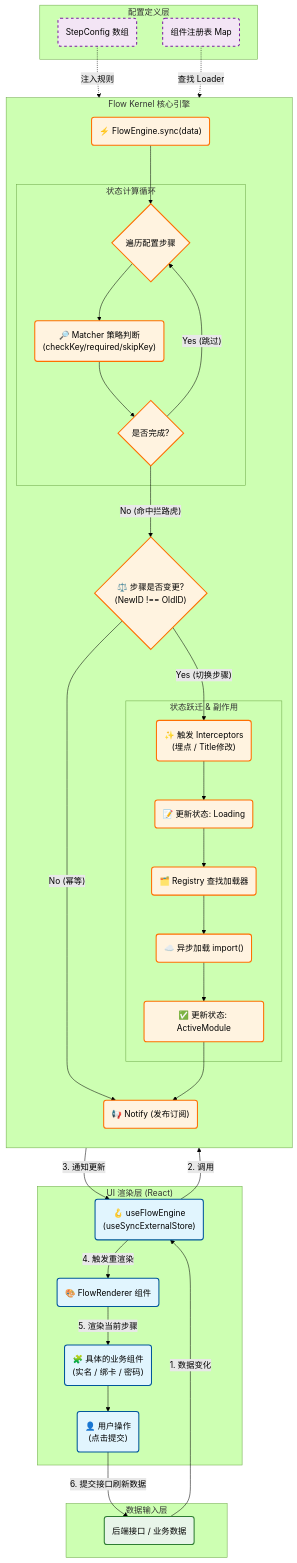
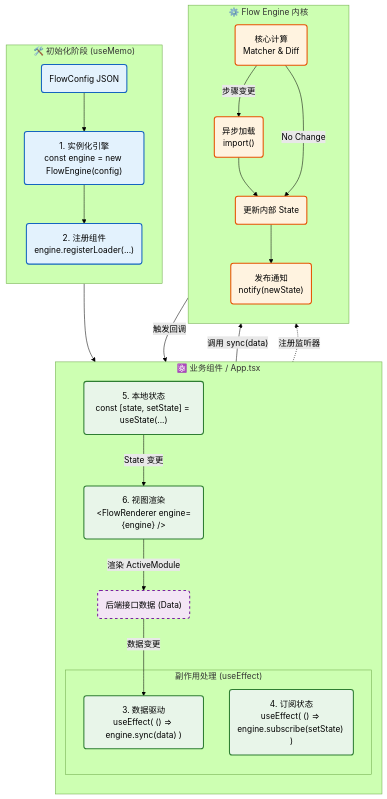
One commit to blade-demon/investment-monorepo changed the diagram in README.md. Above: the diagram before and after it, drawn with Mermaid (forest theme).

Commit message:
add mermaid

````diff
--- a/README.md
+++ b/README.md
@@ -5,85 +5,65 @@
 ```mermaid
 graph TD
-    %% 定义样式
-    classDef ui fill:#e1f5fe,stroke:#01579b,stroke-width:2px,color:#000;
-    classDef core fill:#fff3e0,stroke:#ff6f00,stroke-width:2px,color:#000;
-    classDef data fill:#e8f5e9,stroke:#2e7d32,stroke-width:2px,color:#000;
-    classDef config fill:#f3e5f5,stroke:#7b1fa2,stroke-width:2px,stroke-dasharray: 5 5,color:#000;
+    %% --- 样式定义 ---
+    classDef setup fill:#e3f2fd,stroke:#1565c0,stroke-width:2px,color:#000;
+    classDef react fill:#e8f5e9,stroke:#2e7d32,stroke-width:2px,color:#000;
+    classDef engine fill:#fff3e0,stroke:#e65100,stroke-width:2px,color:#000;
+    classDef api fill:#f3e5f5,stroke:#7b1fa2,stroke-width:2px,stroke-dasharray: 5 5,color:#000;
 
-    %% --- 区域：业务数据层 ---
-    subgraph Data_Layer ["数据输入层"]
-        BackendAPI("后端接口 / 业务数据"):::data
+    %% --- 1. 初始化阶段 (One-time Setup) ---
+    subgraph Init_Phase ["🛠️ 初始化阶段 (useMemo)"]
+        direction TB
+        Config("FlowConfig JSON"):::setup
+        NewEngine("1. 实例化引擎<br/>const engine = new FlowEngine(config)"):::setup
+        Register("2. 注册组件<br/>engine.registerLoader(...)"):::setup
+
+        Config --> NewEngine
+        NewEngine --> Register
     end
 
-    %% --- 区域：配置层 ---
-    subgraph Config_Layer ["配置定义层"]
-        FlowConfig("StepConfig 数组"):::config
-        RegistryConfig("组件注册表 Map"):::config
+    %% --- 2. 业务组件层 (React Component) ---
+    subgraph React_Layer ["⚛️ 业务组件 / App.tsx"]
+        direction TB
+
+        API("后端接口数据 (Data)"):::api
+
+        subgraph Effects ["副作用处理 (useEffect)"]
+            SyncEffect("3. 数据驱动<br/>useEffect( () => engine.sync(data) )"):::react
+            SubEffect("4. 订阅状态<br/>useEffect( () => engine.subscribe(setState) )"):::react
+        end
+
+        LocalState("5. 本地状态<br/>const [state, setState] = useState(...)"):::react
+        Render("6. 视图渲染<br/>&lt;FlowRenderer engine={engine} /&gt;"):::react
     end
 
-    %% --- 区域：核心内核层 (Flow Kernel) ---
-    subgraph Kernel_Layer ["Flow Kernel 核心引擎"]
+    %% --- 3. 引擎内核层 (Flow Kernel) ---
+    subgraph Kernel_Layer ["⚙️ Flow Engine 内核"]
         direction TB
 
-        EngineSync("⚡ FlowEngine.sync(data)"):::core
-
-        subgraph Calculation ["状态计算循环"]
-            StepLoop{"遍历配置步骤"}:::core
-            Matcher("🔎 Matcher 策略判断<br/>(checkKey/required/skipKey)"):::core
-            IsDone{"是否完成?"}:::core
-        end
-
-        DiffCheck{"⚖️ 步骤是否变更?<br/>(NewID !== OldID)"}:::core
-
-        subgraph Transition ["状态跃迁 & 副作用"]
-            SideEffects("✨ 触发 Interceptors<br/>(埋点 / Title修改)"):::core
-            UpdateState1("📝 更新状态: Loading"):::core
-            RegistryLookup("🗂️ Registry 查找加载器"):::core
-            AsyncLoad("☁️ 异步加载 import()"):::core
-            UpdateState2("✅ 更新状态: ActiveModule"):::core
-        end
-
-        Notify("📢 Notify (发布订阅)"):::core
-    end
-
-    %% --- 区域：UI 适配与渲染层 ---
-    subgraph UI_Layer ["UI 渲染层 (React)"]
-        ReactHook("🪝 useFlowEngine<br/>(useSyncExternalStore)"):::ui
-        FlowRenderer("🎨 FlowRenderer 组件"):::ui
-        BusinessComp("🧩 具体的业务组件<br/>(实名 / 绑卡 / 密码)"):::ui
-        UserAction("👤 用户操作<br/>(点击提交)"):::ui
+        Calculate("核心计算<br/>Matcher & Diff"):::engine
+        AsyncLoad("异步加载<br/>import()"):::engine
+        UpdateInternal("更新内部 State"):::engine
+        Notify("发布通知<br/>notify(newState)"):::engine
     end
 
     %% --- 连线逻辑 ---
 
-    %% 1. 数据驱动
-    BackendAPI -->|1. 数据变化| ReactHook
-    ReactHook -->|2. 调用| EngineSync
-    FlowConfig -.->|注入规则| EngineSync
+    %% 初始化连接
+    Register --> Render
 
-    %% 2. 计算逻辑
-    EngineSync --> StepLoop
-    StepLoop --> Matcher
-    Matcher --> IsDone
-    IsDone -- Yes (跳过) --> StepLoop
-    IsDone -- No (命中拦路虎) --> DiffCheck
+    %% 数据驱动循环
+    API -->|"数据变更"| SyncEffect
+    SyncEffect -->|"调用 sync(data)"| Calculate
 
-    %% 3. 状态变更逻辑
-    DiffCheck -- No (幂等) --> Notify
-    DiffCheck -- Yes (切换步骤) --> SideEffects
-    SideEffects --> UpdateState1
-    UpdateState1 --> RegistryLookup
-    RegistryConfig -.->|查找 Loader| RegistryLookup
-    RegistryLookup --> AsyncLoad
-    AsyncLoad --> UpdateState2
-    UpdateState2 --> Notify
+    %% 引擎内部处理
+    Calculate -->|"步骤变更"| AsyncLoad
+    AsyncLoad --> UpdateInternal
+    Calculate -- "No Change" --> UpdateInternal
+    UpdateInternal --> Notify
 
-    %% 4. 渲染逻辑
-    Notify -->|3. 通知更新| ReactHook
-    ReactHook -->|4. 触发重渲染| FlowRenderer
-    FlowRenderer -->|5. 渲染当前步骤| BusinessComp
-
-    %% 5. 闭环
-    BusinessComp --> UserAction
-    UserAction -->|6. 提交接口刷新数据| BackendAPI
+    %% 订阅回调循环
+    SubEffect -.->|"注册监听器"| Notify
+    Notify -->|"触发回调"| LocalState
+    LocalState -->|"State 变更"| Render
+    Render -->|"渲染 ActiveModule"| API
 ```
````
